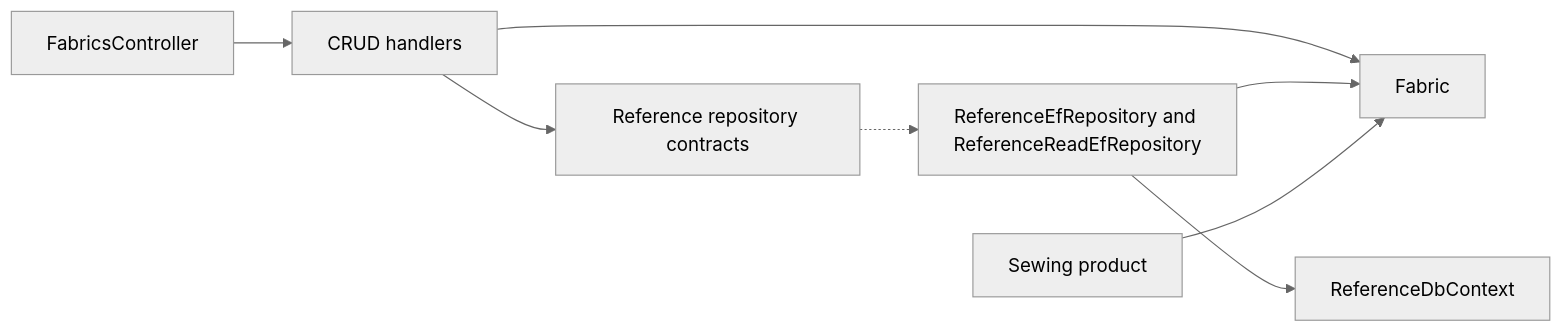
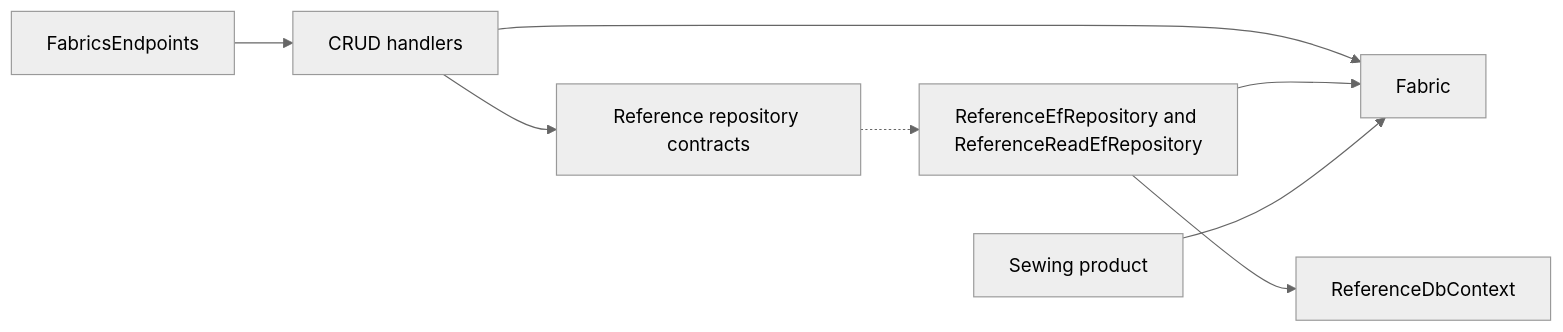
The diagram in docs/sdd/features/reference/fabrics.md (Weretik/BreviERP), drawn with Mermaid (neutral theme) before and after one commit. The commit also changed other lines of this file and 299 other files, not shown here.

````diff
--- a/docs/sdd/features/reference/fabrics.md
+++ b/docs/sdd/features/reference/fabrics.md
@@ -37,10 +37,10 @@
 ```mermaid
 flowchart LR
-    A["FabricsController"] --> B["CRUD handlers"]
+    A["FabricsEndpoints"] --> B["CRUD handlers"]
     B --> C["Fabric"]
     B --> D["Reference repository contracts"]
     D -.-> E["ReferenceEfRepository and ReferenceReadEfRepository"]
     E --> F["ReferenceDbContext"]
     E --> C
     G["Sewing product"] --> C
 ```
````
